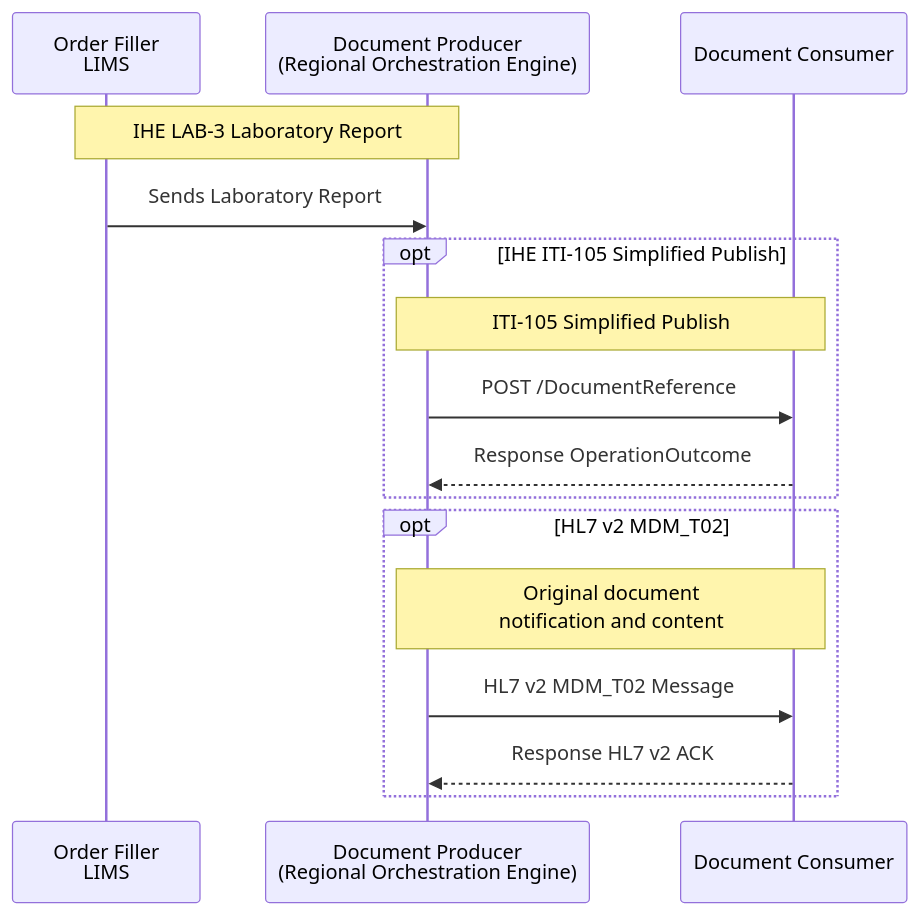
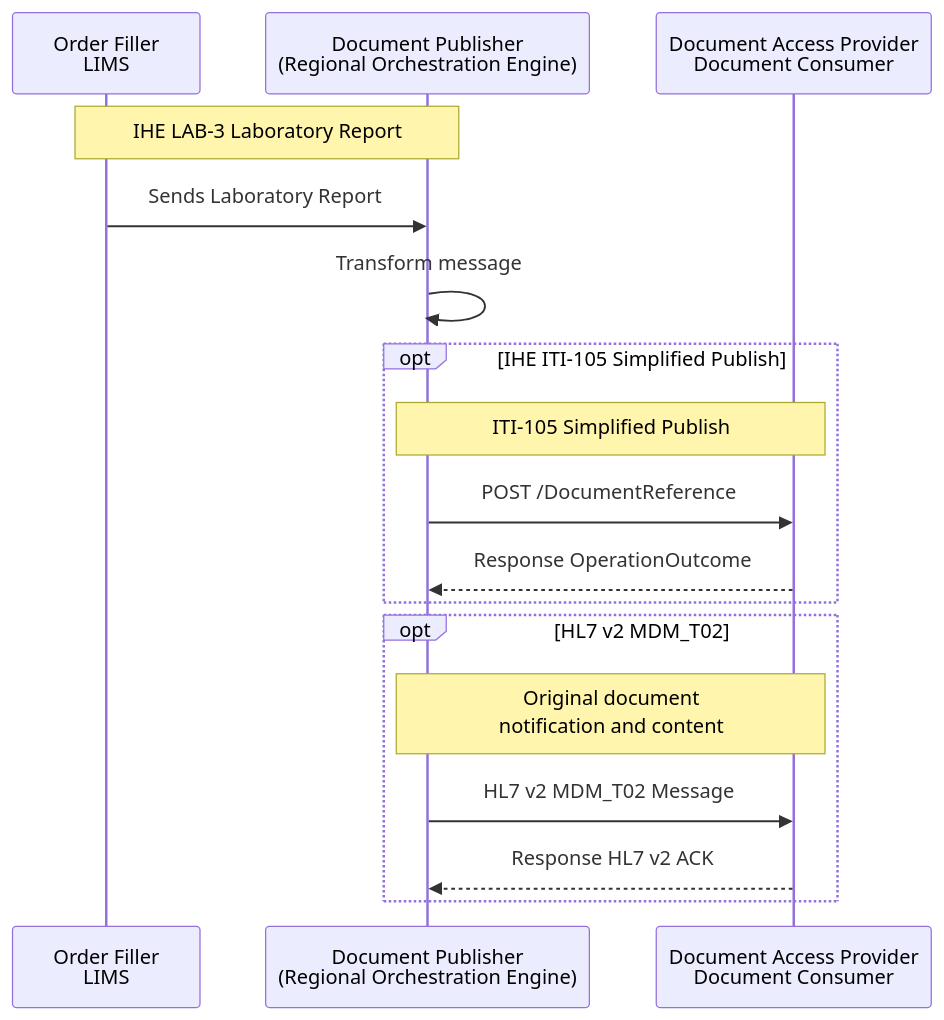
One commit to nw-gmsa/nw-gmsa.github.com changed the second of 4 diagrams in input/pagecontent/HIE.md. Above: the diagram before and after it, drawn with Mermaid. The commit also changed other lines of this file, not shown here.

````diff
--- a/input/pagecontent/HIE.md
+++ b/input/pagecontent/HIE.md
@@ -62,21 +69,21 @@
 ```mermaid
 sequenceDiagram
 
-    participant LIMS as Order Filler<br/>LIMS 
-    participant Provider as Document Producer<br/>(Regional Orchestration Engine)
-    participant Consumer as Document Consumer
+  participant LIMS as Order Filler<br/>LIMS
+  participant Provider as Document Publisher<br/>(Regional Orchestration Engine)
+  participant Consumer as Document Access Provider<br/>Document Consumer
 
-    note over LIMS,Provider: IHE LAB-3 Laboratory Report
-    LIMS ->> Provider: Sends Laboratory Report
-
-    opt IHE ITI-105 Simplified Publish
-        Note over Consumer,Provider:ITI-105 Simplified Publish
-        Provider->>Consumer: POST /DocumentReference
-        Consumer-->>Provider: Response OperationOutcome
-    end 
-    opt HL7 v2 MDM_T02
-         Note over Consumer,Provider:Original document <br/>notification and content
-        Provider->>Consumer: HL7 v2 MDM_T02 Message
-        Consumer-->>Provider: Response HL7 v2 ACK
-    end 
+  note over LIMS,Provider: IHE LAB-3 Laboratory Report
+  LIMS ->> Provider: Sends Laboratory Report
+  Provider ->> Provider: Transform message
+  opt IHE ITI-105 Simplified Publish
+    Note over Consumer,Provider:ITI-105 Simplified Publish
+    Provider->>Consumer: POST /DocumentReference
+    Consumer-->>Provider: Response OperationOutcome
+  end
+  opt HL7 v2 MDM_T02
+    Note over Consumer,Provider:Original document <br/>notification and content
+    Provider->>Consumer: HL7 v2 MDM_T02 Message
+    Consumer-->>Provider: Response HL7 v2 ACK
+  end
 ```
````
